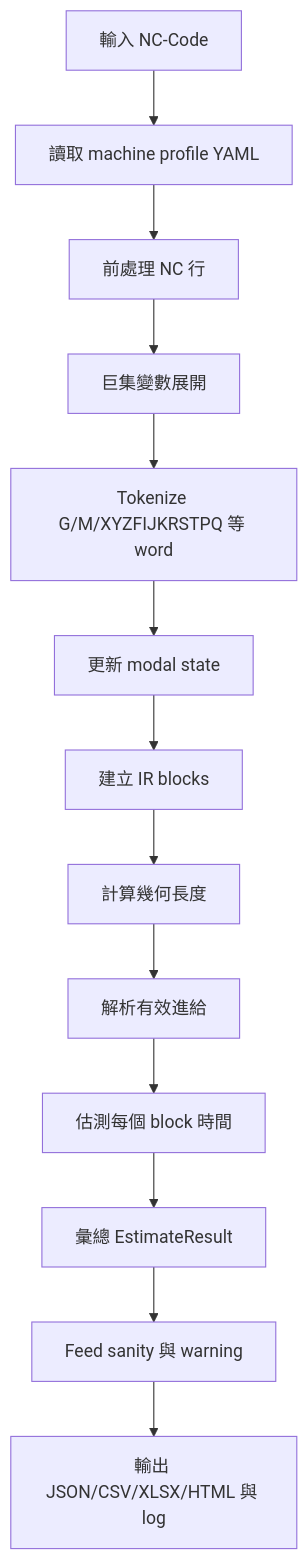
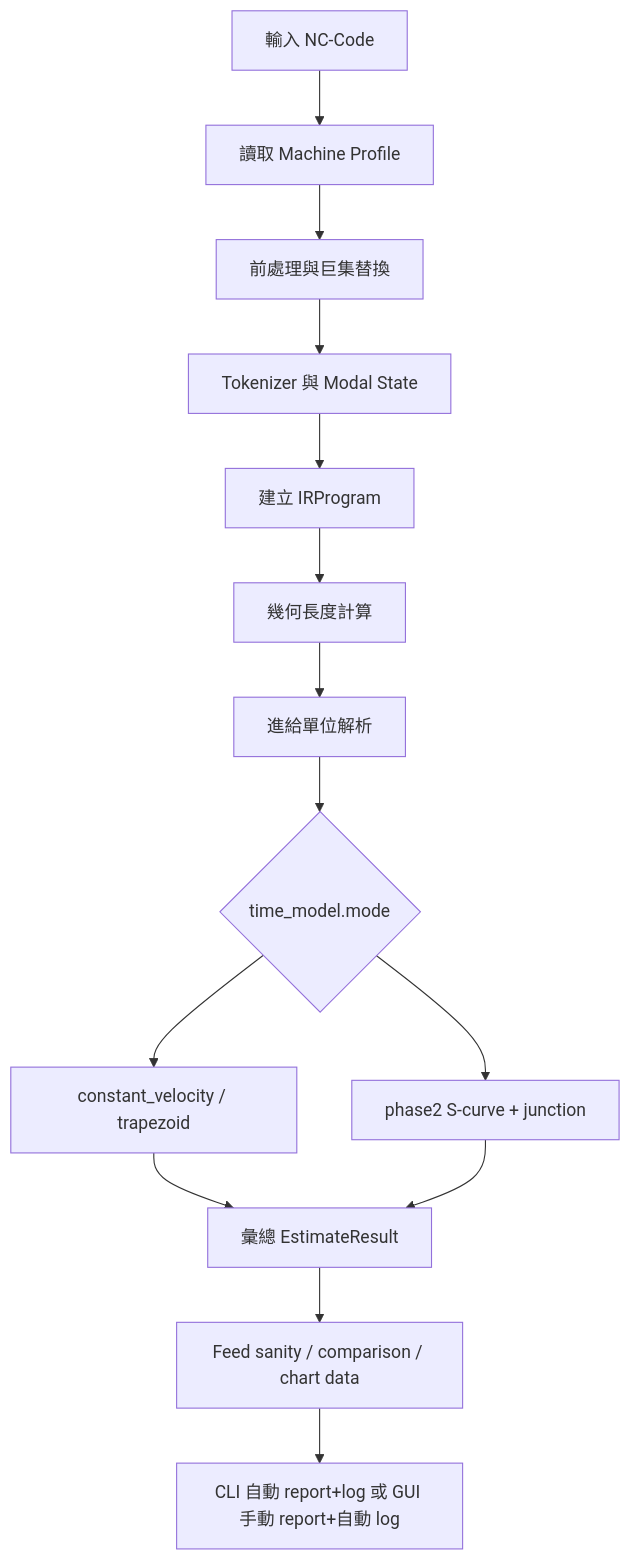
One commit to giraffe70/nc_time_estimate changed the diagram in docs/專案介紹報告.md. Above: the diagram before and after it, drawn with Mermaid. The commit also changed other lines of this file and 19 other files, not shown here.

````diff
--- a/docs/專案介紹報告.md
+++ b/docs/專案介紹報告.md
@@ -178,15 +155,16 @@
 ```mermaid
 flowchart TD
-    A["輸入 NC-Code"] --> B["讀取 machine profile YAML"]
-    B --> C["前處理 NC 行"]
-    C --> D["巨集變數展開"]
-    D --> E["Tokenize G/M/XYZFIJKRSTPQ 等 word"]
-    E --> F["更新 modal state"]
-    F --> G["建立 IR blocks"]
-    G --> H["計算幾何長度"]
-    H --> I["解析有效進給"]
-    I --> J["估測每個 block 時間"]
-    J --> K["彙總 EstimateResult"]
-    K --> L["Feed sanity 與 warning"]
-    L --> M["輸出 JSON/CSV/XLSX/HTML 與 log"]
+    A["輸入 NC-Code"] --> B["讀取 Machine Profile"]
+    B --> C["前處理與巨集替換"]
+    C --> D["Tokenizer 與 Modal State"]
+    D --> E["建立 IRProgram"]
+    E --> F["幾何長度計算"]
+    F --> G["進給單位解析"]
+    G --> H{"time_model.mode"}
+    H --> I["constant_velocity / trapezoid"]
+    H --> J["phase2 S-curve + junction"]
+    I --> K["彙總 EstimateResult"]
+    J --> K
+    K --> L["Feed sanity / comparison / chart data"]
+    L --> M["CLI 自動 report+log 或 GUI 手動 report+自動 log"]
 ```
````
